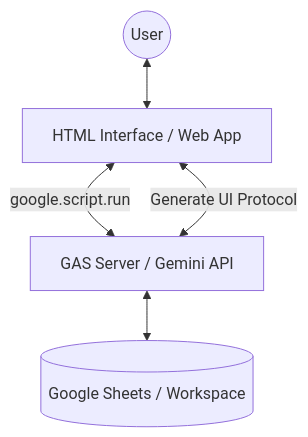
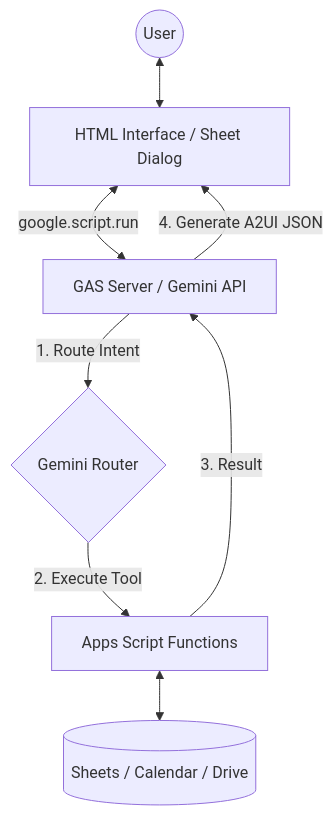
The diagram in README.md (tanaikech/A2UI-for-Google-Apps-Script), drawn with Mermaid before and after one commit. The commit also changed other lines of this file and 6 other files, not shown here.

````diff
--- a/README.md
+++ b/README.md
@@ -30,7 +37,10 @@
 ```mermaid
 graph TD
-    User((User)) <--> Client[HTML Interface / Web App]
+    User((User)) <--> Client[HTML Interface / Sheet Dialog]
     Client <-- google.script.run --> Agent[GAS Server / Gemini API]
-    Agent <--> Data[(Google Sheets / Workspace)]
-    Agent <-- Generate UI Protocol --> Client
+    Agent -- 1. Route Intent --> Router{Gemini Router}
+    Router -- 2. Execute Tool --> Tools[Apps Script Functions]
+    Tools <--> Data[(Sheets / Calendar / Drive)]
+    Tools -- 3. Result --> Agent
+    Agent -- 4. Generate A2UI JSON --> Client
 ```
````
